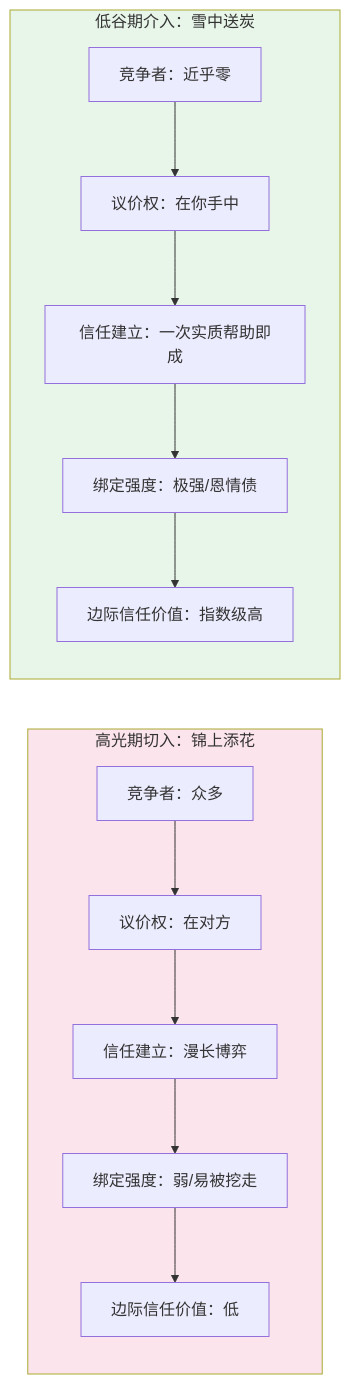
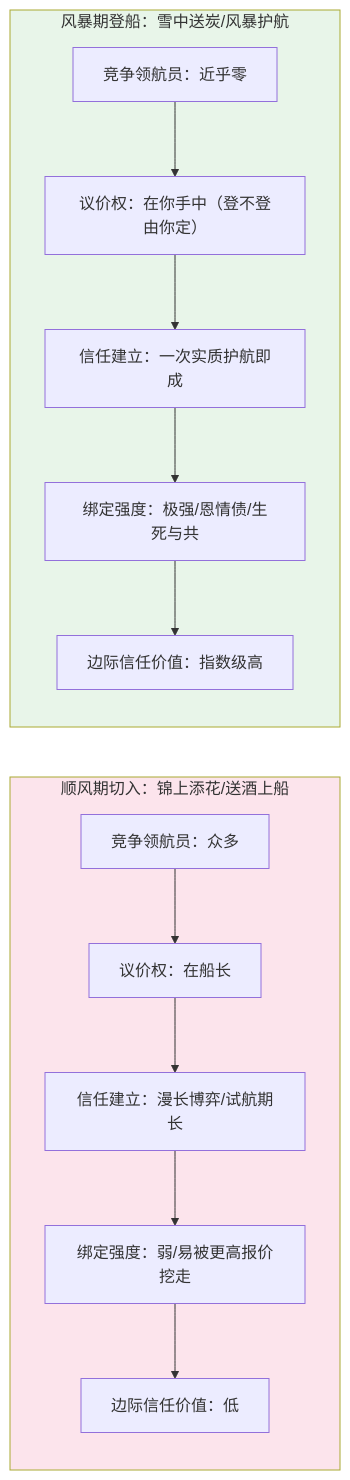
Before and after one commit to OpenDocCN1/flygon-zhuanqian-zhoubao: the sixth of 12 diagrams in docs/202303_paper2textbook/chapter_080.md, drawn with Mermaid. The commit also changed other lines of this file and 2 other files, not shown here.

````diff
--- a/docs/202303_paper2textbook/chapter_080.md
+++ b/docs/202303_paper2textbook/chapter_080.md
@@ -364,24 +366,24 @@
 ```mermaid
 flowchart LR
-    subgraph HighLight[高光期切入：锦上添花]
-        H1[竞争者：众多]
-        H2[议价权：在对方]
-        H3[信任建立：漫长博弈]
-        H4[绑定强度：弱/易被挖走]
+    subgraph HighLight[顺风期切入：锦上添花/送酒上船]
+        H1[竞争领航员：众多]
+        H2[议价权：在船长]
+        H3[信任建立：漫长博弈/试航期长]
+        H4[绑定强度：弱/易被更高报价挖走]
         H5[边际信任价值：低]
     end
     
-    subgraph LowValley[低谷期介入：雪中送炭]
-        L1[竞争者：近乎零]
-        L2[议价权：在你手中]
-        L3[信任建立：一次实质帮助即成]
-        L4[绑定强度：极强/恩情债]
+    subgraph LowValley[风暴期登船：雪中送炭/风暴护航]
+        L1[竞争领航员：近乎零]
+        L2[议价权：在你手中（登不登由你定）]
+        L3[信任建立：一次实质护航即成]
+        L4[绑定强度：极强/恩情债/生死与共]
         L5[边际信任价值：指数级高]
     end
     
     H1 --> H2 --> H3 --> H4 --> H5
     L1 --> L2 --> L3 --> L4 --> L5
     
     style HighLight fill:#fce4ec
     style LowValley fill:#e8f5e9
 ```
````
